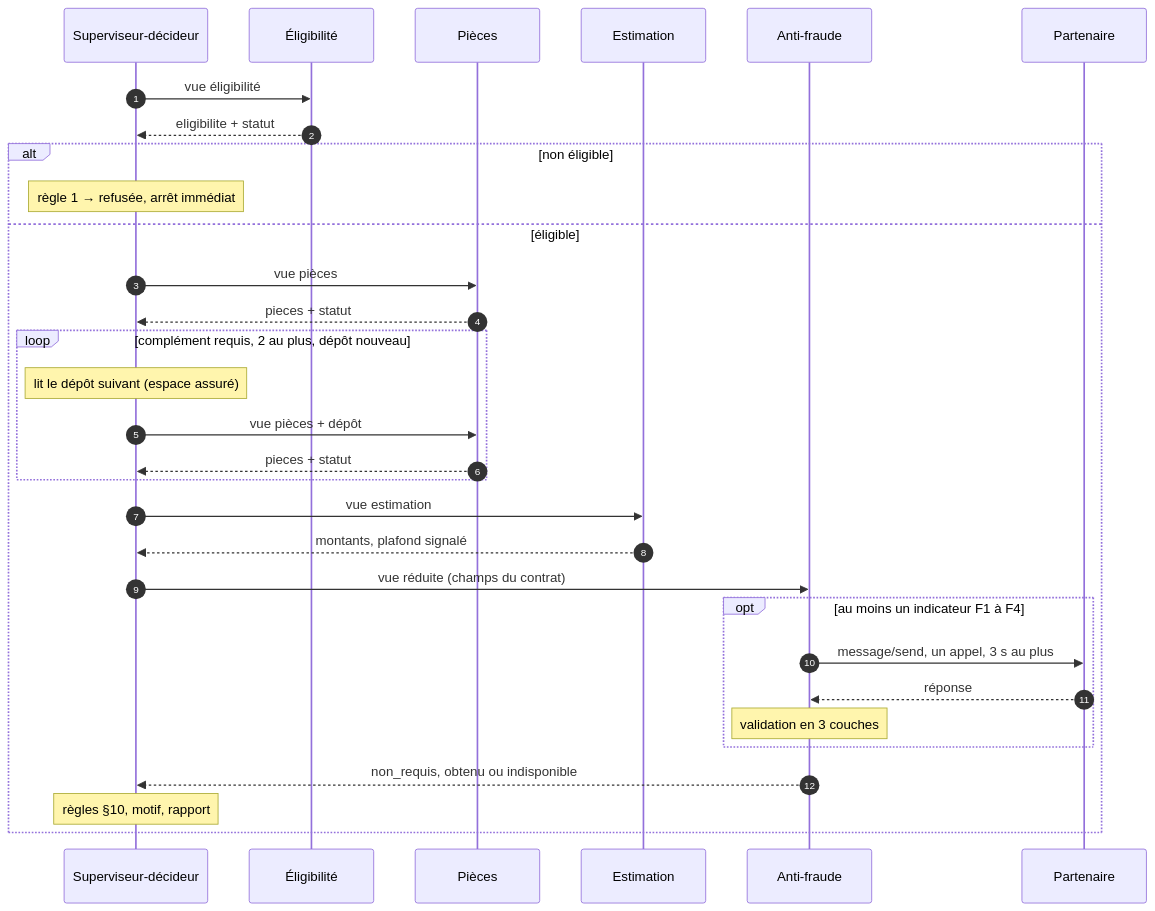
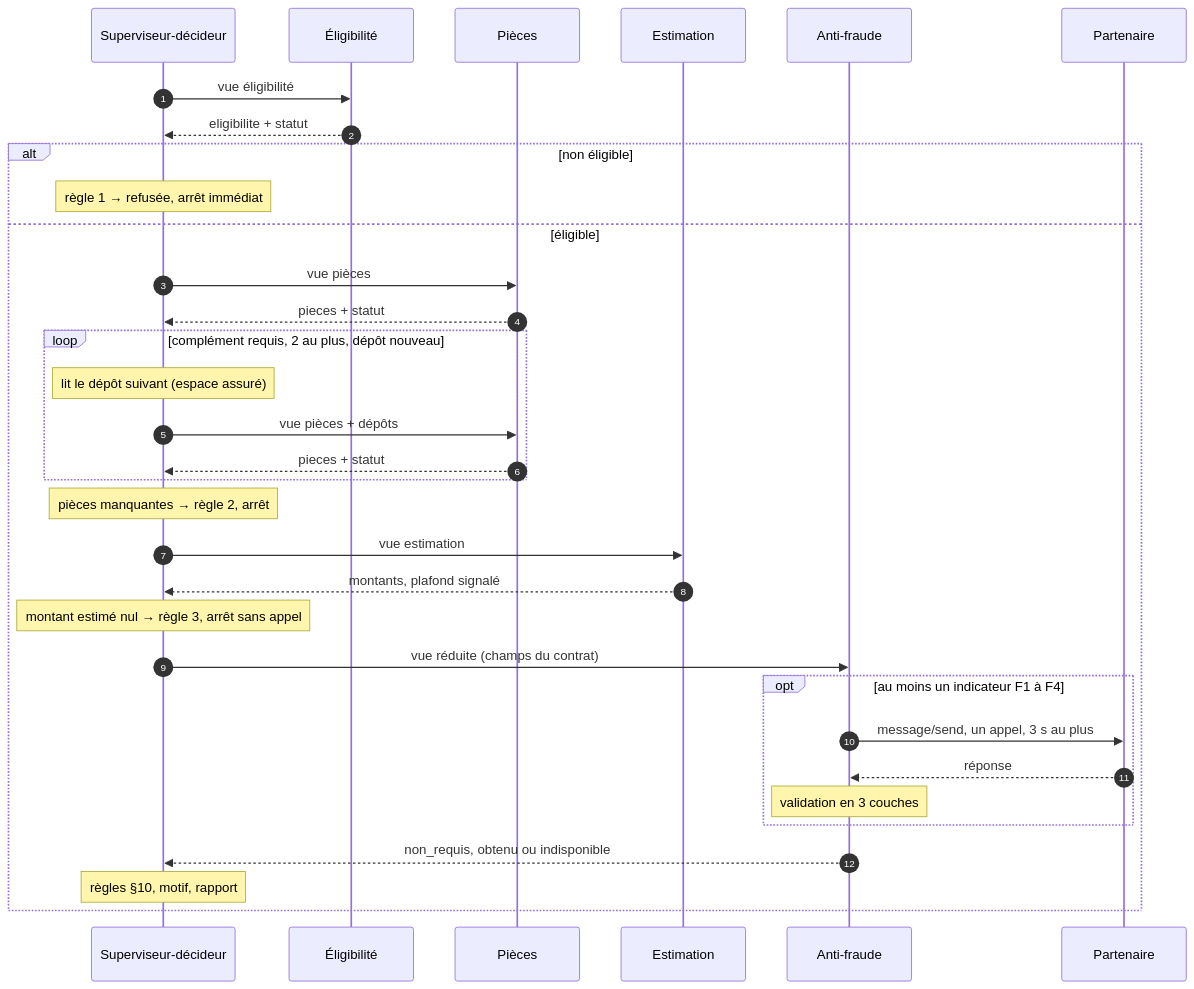
The diagram in docs/conception/2-orchestration-memoire.md (M-CHADLI/Kaldera-V2), drawn with Mermaid before and after one commit. The commit also changed other lines of this file and 33 other files, not shown here.

````diff
--- a/docs/conception/2-orchestration-memoire.md
+++ b/docs/conception/2-orchestration-memoire.md
@@ -9,33 +11,35 @@
 ```mermaid
 sequenceDiagram
   autonumber
   participant S as Superviseur-décideur
   participant E as Éligibilité
   participant P as Pièces
   participant M as Estimation
   participant F as Anti-fraude
   participant X as Partenaire
   S->>E: vue éligibilité
   E-->>S: eligibilite + statut
   alt non éligible
     Note over S: règle 1 → refusée, arrêt immédiat
   else éligible
     S->>P: vue pièces
     P-->>S: pieces + statut
     loop complément requis, 2 au plus, dépôt nouveau
       Note over S: lit le dépôt suivant (espace assuré)
-      S->>P: vue pièces + dépôt
+      S->>P: vue pièces + dépôts
       P-->>S: pieces + statut
     end
+    Note over S: pièces manquantes → règle 2, arrêt
     S->>M: vue estimation
     M-->>S: montants, plafond signalé
+    Note over S: montant estimé nul → règle 3, arrêt sans appel
     S->>F: vue réduite (champs du contrat)
     opt au moins un indicateur F1 à F4
       F->>X: message/send, un appel, 3 s au plus
       X-->>F: réponse
       Note over F: validation en 3 couches
     end
     F-->>S: non_requis, obtenu ou indisponible
     Note over S: règles §10, motif, rapport
   end
 ```
````
